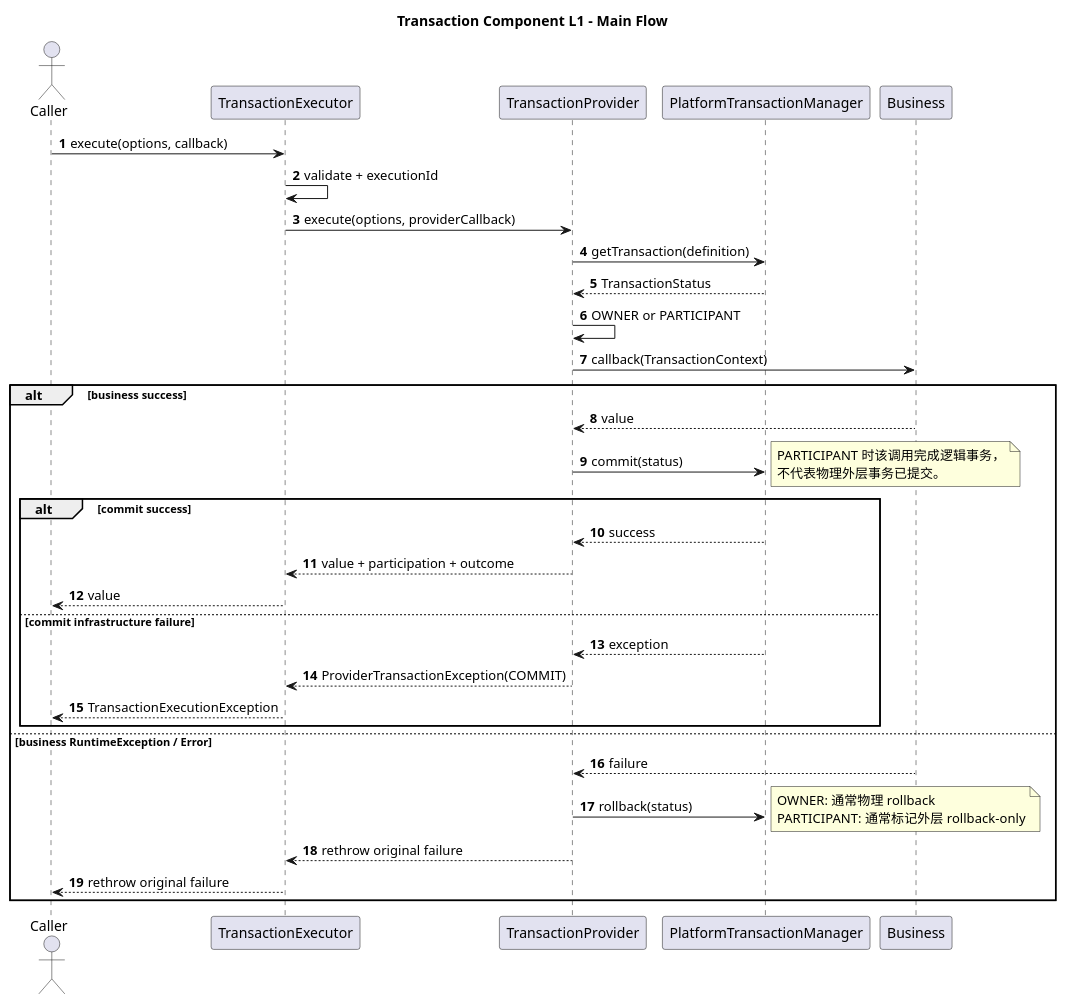
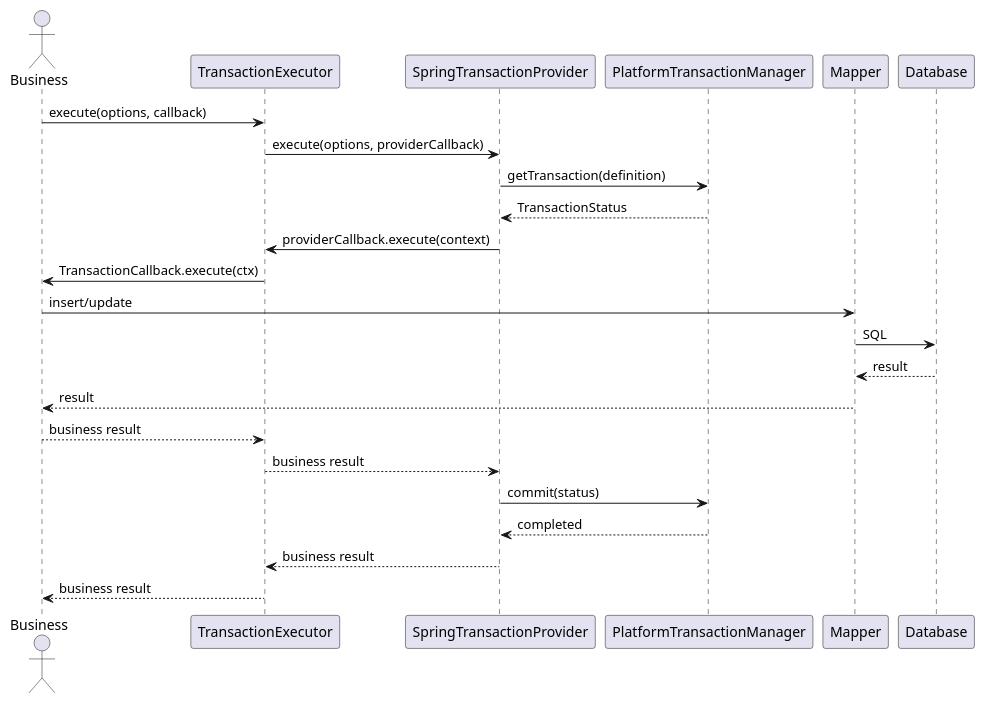
Before and after one commit to pbxjtumse/cola-web-standard: the diagram in component/transaction-component/docs/diagrams/sequence/L1-main-flow.puml, drawn with PlantUML. The commit also changed 23 other files, not shown here.

```diff
--- a/component/transaction-component/docs/diagrams/sequence/L1-main-flow.puml
+++ b/component/transaction-component/docs/diagrams/sequence/L1-main-flow.puml
@@ -1,45 +1,25 @@
 @startuml
-title Transaction Component L1 - Main Flow
+actor Business
+participant TransactionExecutor
+participant SpringTransactionProvider
+participant PlatformTransactionManager
+participant Mapper
+participant Database
 
-autonumber
-actor Caller
-participant TransactionExecutor
-participant TransactionProvider
-participant PlatformTransactionManager as PTM
-participant Business
-
-Caller -> TransactionExecutor: execute(options, callback)
-TransactionExecutor -> TransactionExecutor: validate + executionId
-TransactionExecutor -> TransactionProvider: execute(options, providerCallback)
-TransactionProvider -> PTM: getTransaction(definition)
-PTM --> TransactionProvider: TransactionStatus
-TransactionProvider -> TransactionProvider: OWNER or PARTICIPANT
-TransactionProvider -> Business: callback(TransactionContext)
-
-alt business success
-    Business --> TransactionProvider: value
-    TransactionProvider -> PTM: commit(status)
-    note right
-      PARTICIPANT 时该调用完成逻辑事务，
-      不代表物理外层事务已提交。
-    end note
-    alt commit success
-        PTM --> TransactionProvider: success
-        TransactionProvider --> TransactionExecutor: value + participation + outcome
-        TransactionExecutor --> Caller: value
-    else commit infrastructure failure
-        PTM --> TransactionProvider: exception
-        TransactionProvider --> TransactionExecutor: ProviderTransactionException(COMMIT)
-        TransactionExecutor --> Caller: TransactionExecutionException
-    end
-else business RuntimeException / Error
-    Business --> TransactionProvider: failure
-    TransactionProvider -> PTM: rollback(status)
-    note right
-      OWNER: 通常物理 rollback
-      PARTICIPANT: 通常标记外层 rollback-only
-    end note
-    TransactionProvider --> TransactionExecutor: rethrow original failure
-    TransactionExecutor --> Caller: rethrow original failure
-end
+Business -> TransactionExecutor: execute(options, callback)
+TransactionExecutor -> SpringTransactionProvider: execute(options, providerCallback)
+SpringTransactionProvider -> PlatformTransactionManager: getTransaction(definition)
+PlatformTransactionManager --> SpringTransactionProvider: TransactionStatus
+SpringTransactionProvider -> TransactionExecutor: providerCallback.execute(context)
+TransactionExecutor -> Business: TransactionCallback.execute(ctx)
+Business -> Mapper: insert/update
+Mapper -> Database: SQL
+Database --> Mapper: result
+Mapper --> Business: result
+Business --> TransactionExecutor: business result
+TransactionExecutor --> SpringTransactionProvider: business result
+SpringTransactionProvider -> PlatformTransactionManager: commit(status)
+PlatformTransactionManager --> SpringTransactionProvider: completed
+SpringTransactionProvider --> TransactionExecutor: business result
+TransactionExecutor --> Business: business result
 @enduml
```
